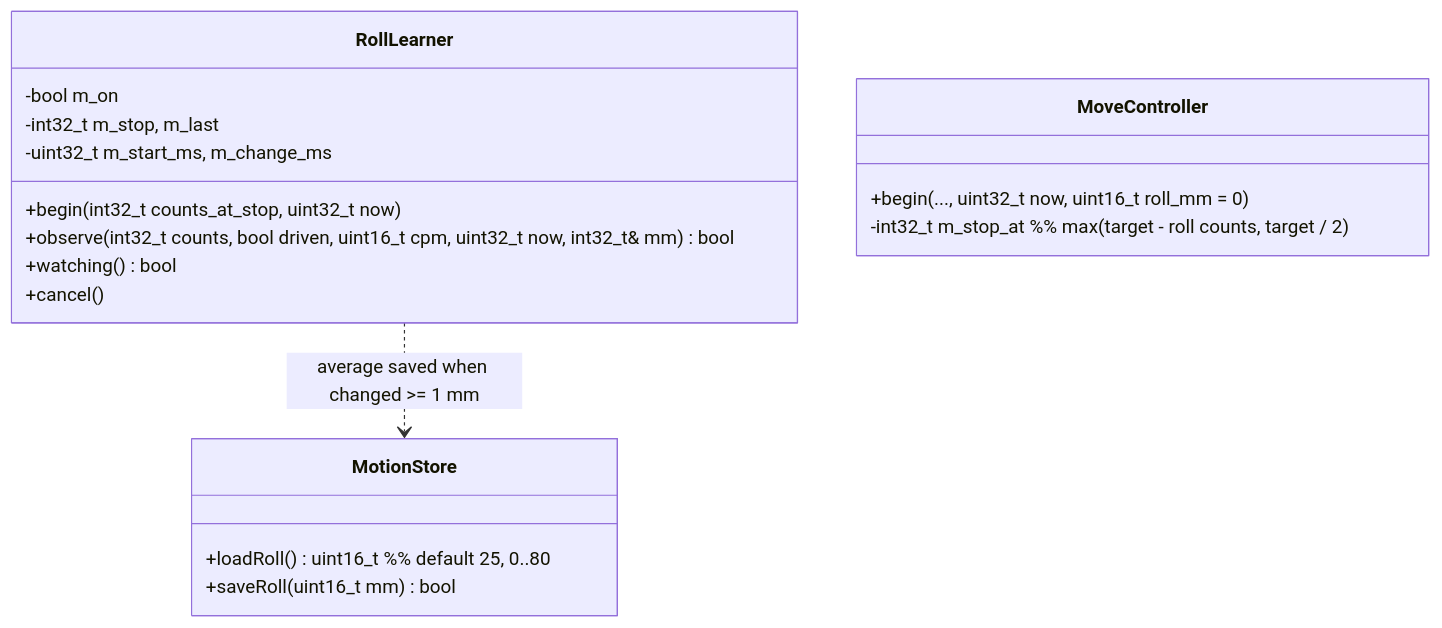
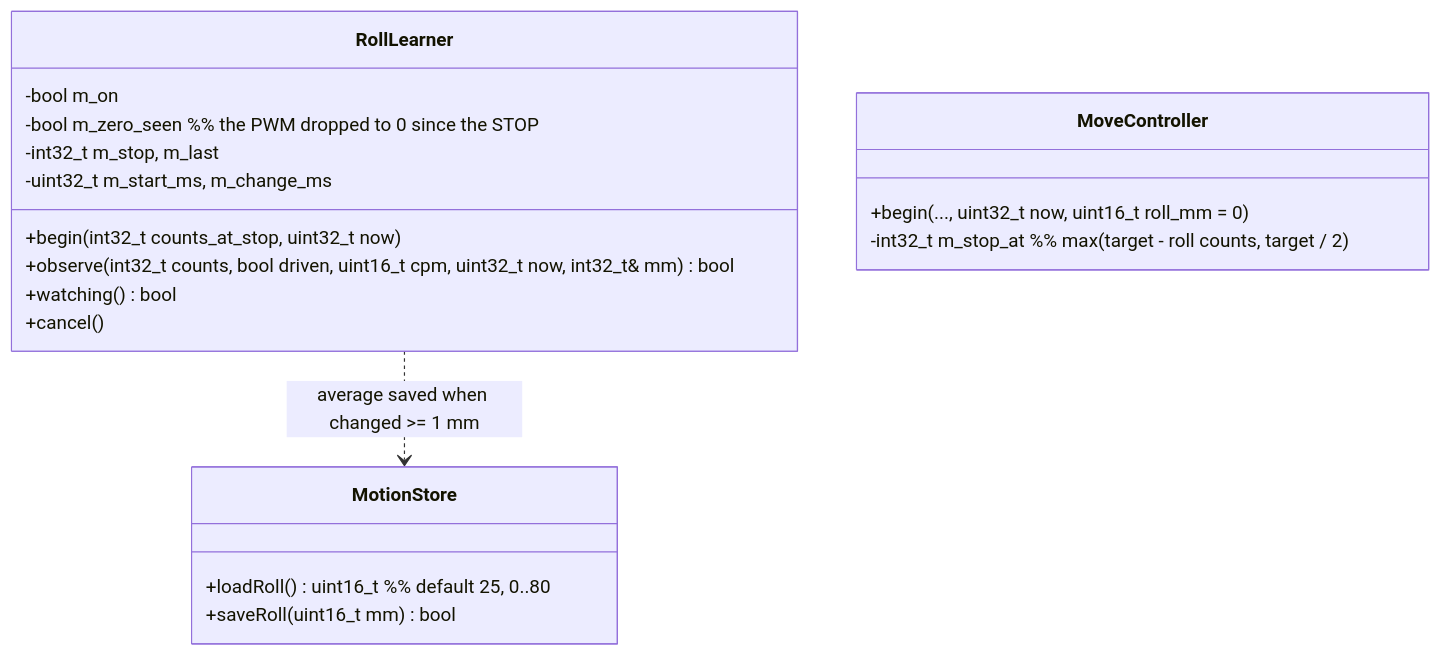
One commit to mannuray/conqueror changed diagram 31 of 31 in docs/lld/esp32-bridge-lld.md. Above: the diagram before and after it, drawn with Mermaid. The commit also changed other lines of this file and 7 other files, not shown here.

Commit message:
fix(bridge,tools): roll-on learner reads only after the PWM dropped to 0 and any new drive cancels it; move.py ends on EOF (plan K review 2 I1-I3)

````diff
--- a/docs/lld/esp32-bridge-lld.md
+++ b/docs/lld/esp32-bridge-lld.md
@@ -1264,21 +1264,22 @@
 ```mermaid
 classDiagram
   class RollLearner {
     +begin(int32_t counts_at_stop, uint32_t now)
     +observe(int32_t counts, bool driven, uint16_t cpm, uint32_t now, int32_t& mm) bool
     +watching() bool
     +cancel()
     -bool m_on
+    -bool m_zero_seen  %% the PWM dropped to 0 since the STOP
     -int32_t m_stop, m_last
     -uint32_t m_start_ms, m_change_ms
   }
   class MoveController {
     +begin(..., uint32_t now, uint16_t roll_mm = 0)
     -int32_t m_stop_at  %% max(target - roll counts, target / 2)
   }
   class MotionStore {
     +loadRoll() uint16_t  %% default 25, 0..80
     +saveRoll(uint16_t mm) bool
   }
   RollLearner ..> MotionStore : average saved when changed >= 1 mm
 ```
````
